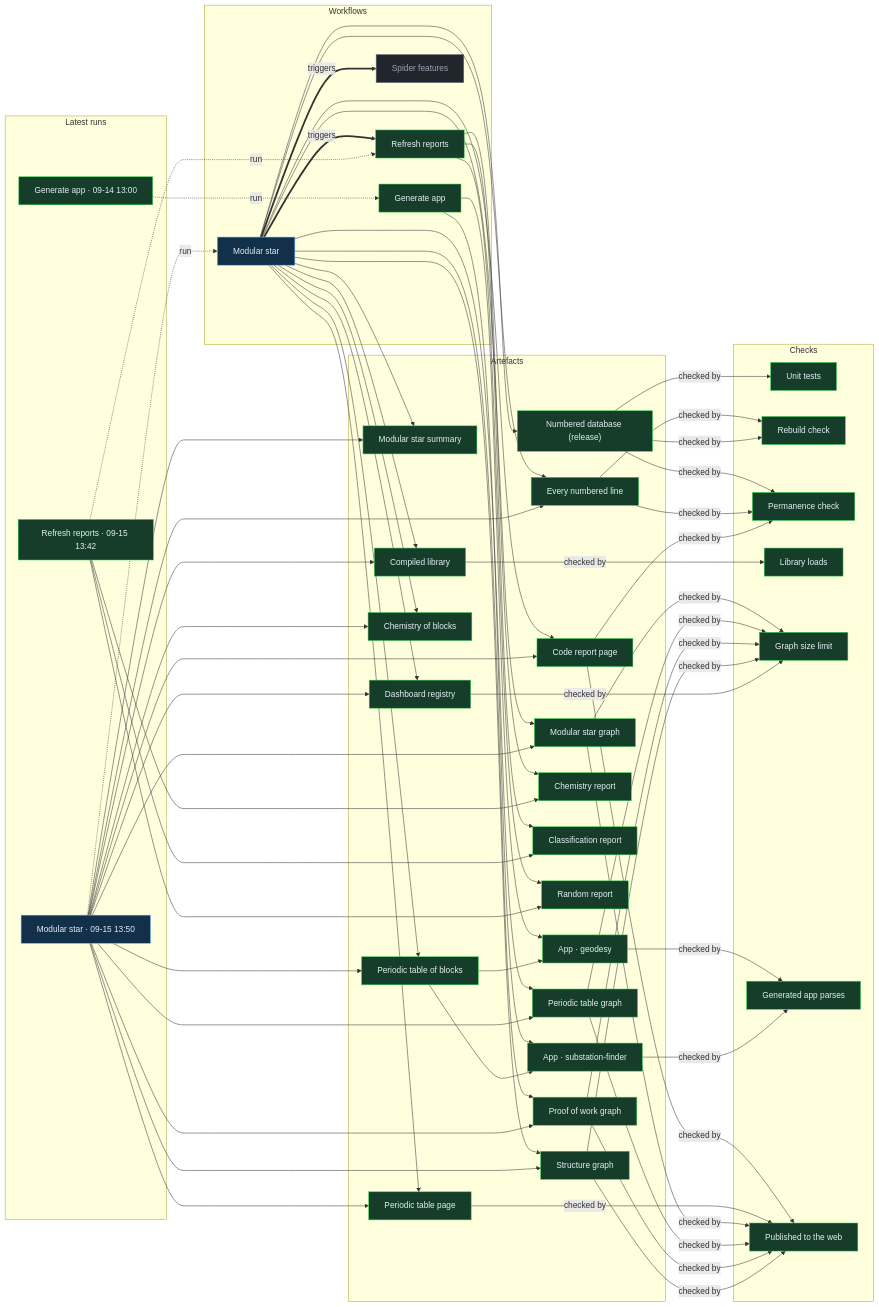
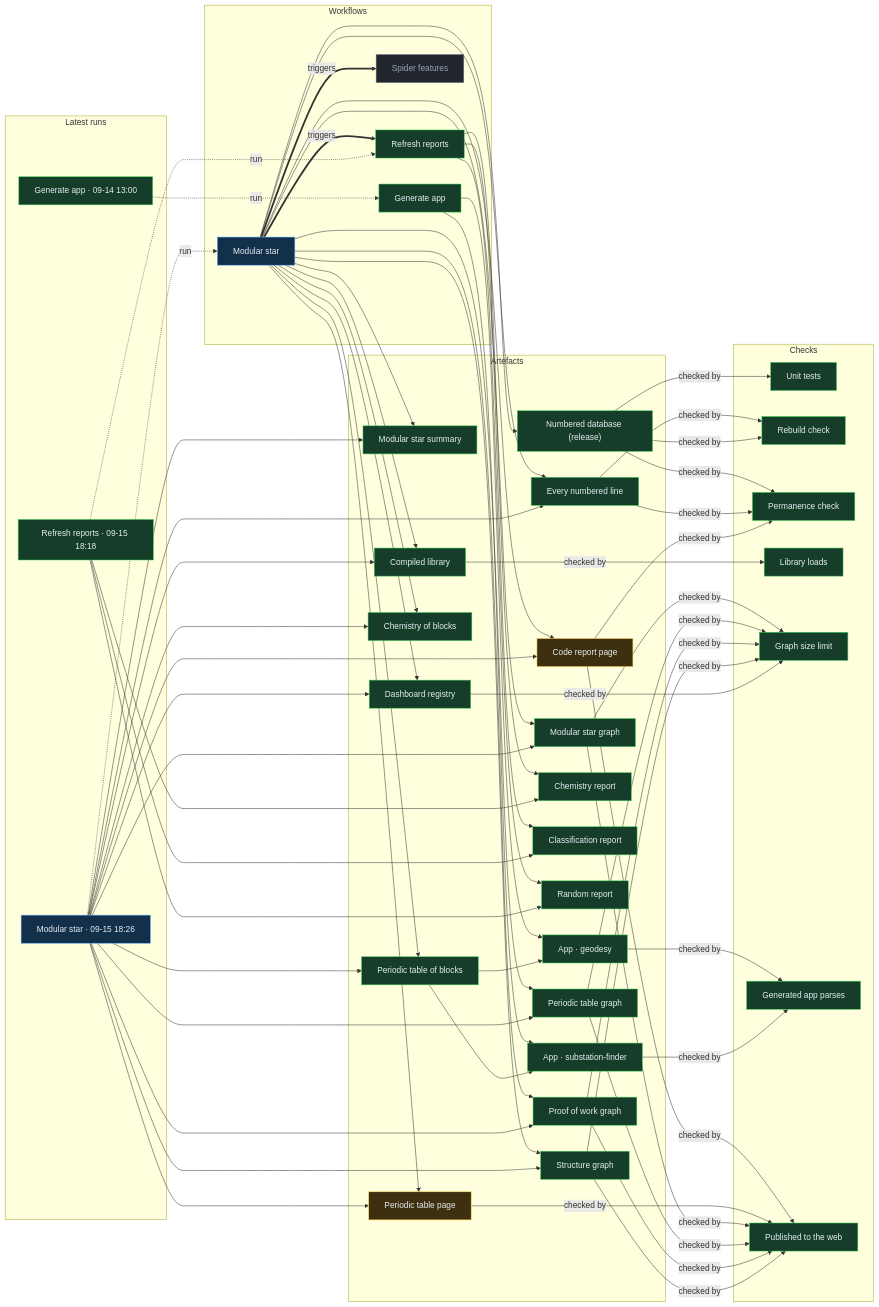
Before and after one commit to Ventusltd/stars: the diagram in proof/PROOF.md, drawn with Mermaid. The commit also changed other lines of this file and 149 other files, not shown here.

Commit message:
Modular star 2026-09-15T18:29Z

```diff
--- a/proof/PROOF.md
+++ b/proof/PROOF.md
@@ -24,17 +24,17 @@
   n_wf_spider_features["Spider features"]:::off
   end
   subgraph g_runs["Latest runs"]
-  n_run_34977638497["Modular star · 09-15 13:50"]:::live
-  n_run_34976695905["Refresh reports · 09-15 13:42"]:::ok
+  n_run_35007521896["Modular star · 09-15 18:26"]:::live
+  n_run_35006614090["Refresh reports · 09-15 18:18"]:::ok
   n_run_34846587798["Generate app · 09-14 13:00"]:::ok
   end
   subgraph g_artefacts["Artefacts"]
   n_art_summary["Modular star summary"]:::ok
   n_art_lines["Every numbered line"]:::ok
-  n_art_code["Code report page"]:::ok
+  n_art_code["Code report page"]:::warn
   n_art_modular_graph["Modular star graph"]:::ok
   n_art_blocks["Periodic table of blocks"]:::ok
-  n_art_table["Periodic table page"]:::ok
+  n_art_table["Periodic table page"]:::warn
   n_art_blocks_graph["Periodic table graph"]:::ok
   n_art_reactions["Chemistry of blocks"]:::ok
   n_art_library["Compiled library"]:::ok
@@ -59,39 +59,39 @@
   end
   n_wf_modular_star == triggers ==> n_wf_refresh
   n_wf_modular_star == triggers ==> n_wf_spider_features
-  n_run_34977638497 -. run .-> n_wf_modular_star
-  n_run_34976695905 -. run .-> n_wf_refresh
+  n_run_35007521896 -. run .-> n_wf_modular_star
+  n_run_35006614090 -. run .-> n_wf_refresh
   n_run_34846587798 -. run .-> n_wf_generate
   n_wf_modular_star --> n_art_summary
-  n_run_34977638497 --> n_art_summary
+  n_run_35007521896 --> n_art_summary
   n_wf_modular_star --> n_art_lines
-  n_run_34977638497 --> n_art_lines
+  n_run_35007521896 --> n_art_lines
   n_wf_modular_star --> n_art_code
-  n_run_34977638497 --> n_art_code
+  n_run_35007521896 --> n_art_code
   n_wf_modular_star --> n_art_modular_graph
-  n_run_34977638497 --> n_art_modular_graph
+  n_run_35007521896 --> n_art_modular_graph
   n_wf_modular_star --> n_art_blocks
-  n_run_34977638497 --> n_art_blocks
+  n_run_35007521896 --> n_art_blocks
   n_wf_modular_star --> n_art_table
-  n_run_34977638497 --> n_art_table
+  n_run_35007521896 --> n_art_table
   n_wf_modular_star --> n_art_blocks_graph
-  n_run_34977638497 --> n_art_blocks_graph
+  n_run_35007521896 --> n_art_blocks_graph
   n_wf_modular_star --> n_art_reactions
-  n_run_34977638497 --> n_art_reactions
+  n_run_35007521896 --> n_art_reactions
   n_wf_modular_star --> n_art_library
-  n_run_34977638497 --> n_art_library
+  n_run_35007521896 --> n_art_library
   n_wf_modular_star --> n_art_features
-  n_run_34977638497 --> n_art_features
+  n_run_35007521896 --> n_art_features
   n_wf_modular_star --> n_art_proof
-  n_run_34977638497 --> n_art_proof
+  n_run_35007521896 --> n_art_proof
   n_wf_modular_star --> n_art_structure
-  n_run_34977638497 --> n_art_structure
+  n_run_35007521896 --> n_art_structure
   n_wf_refresh --> n_art_chemistry
-  n_run_34976695905 --> n_art_chemistry
+  n_run_35006614090 --> n_art_chemistry
   n_wf_refresh --> n_art_vedic
-  n_run_34976695905 --> n_art_vedic
+  n_run_35006614090 --> n_art_vedic
   n_wf_refresh --> n_art_random
-  n_run_34976695905 --> n_art_random
+  n_run_35006614090 --> n_art_random
   n_wf_modular_star --> n_art_release
   n_wf_generate --> n_app_geodesy
   n_art_blocks --> n_app_geodesy
```
